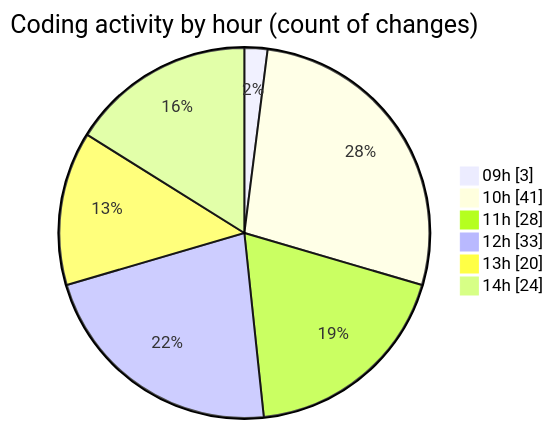
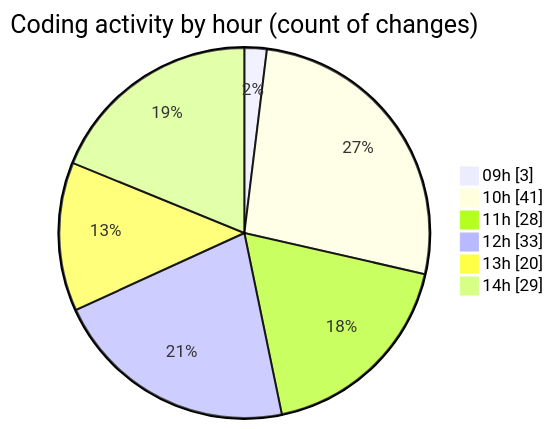
Before and after one commit to CELIANVF/code-tracking: the second of 2 diagrams in 2025-05-19/ecodeli-1/README.md, drawn with Mermaid. The commit also changed other lines of this file and 1 other file, not shown here.

````diff
--- a/2025-05-19/ecodeli-1/README.md
+++ b/2025-05-19/ecodeli-1/README.md
@@ -68,10 +69,10 @@
 ```mermaid
 pie showData
 title Coding activity by hour (count of changes)
 "09h" : 3
 "10h" : 41
 "11h" : 28
 "12h" : 33
 "13h" : 20
-"14h" : 24
+"14h" : 29
 ```
````
